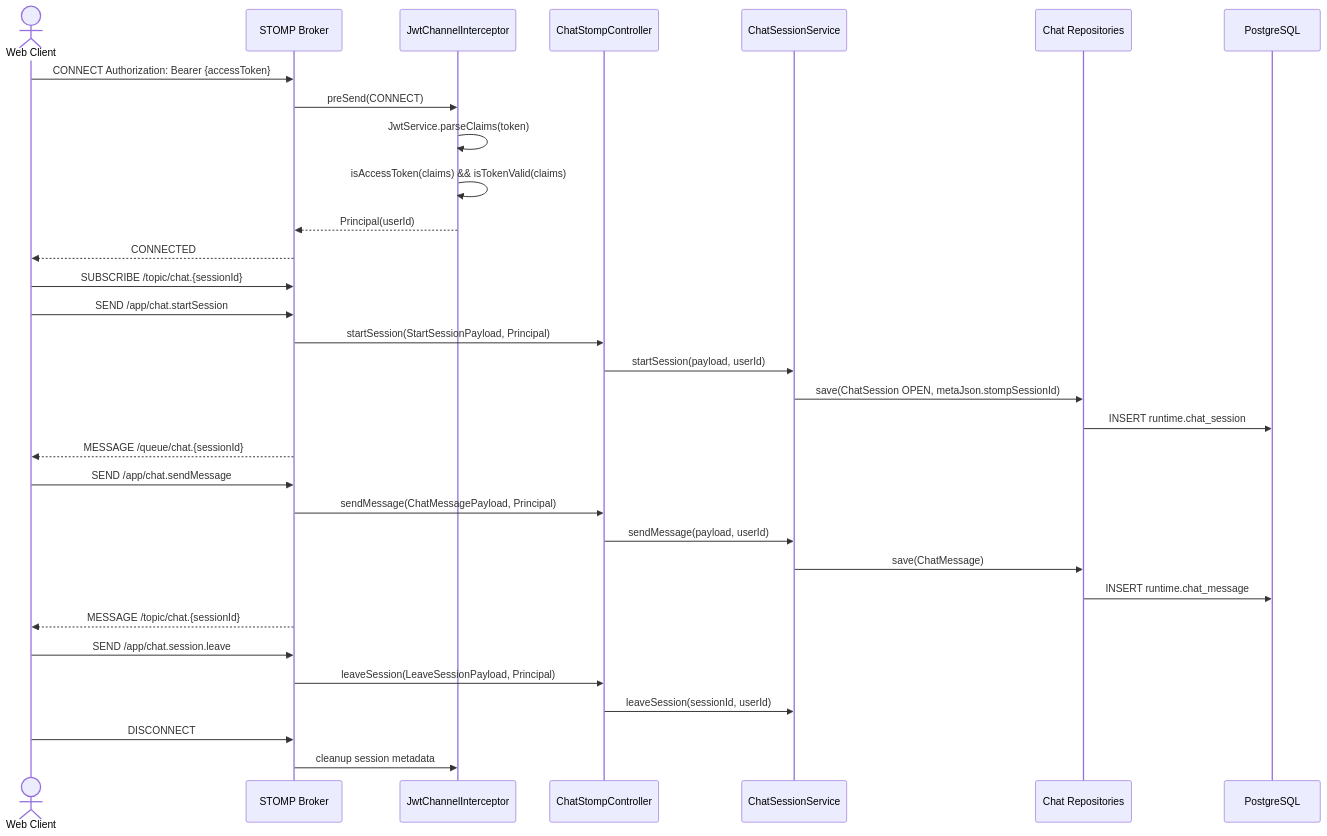
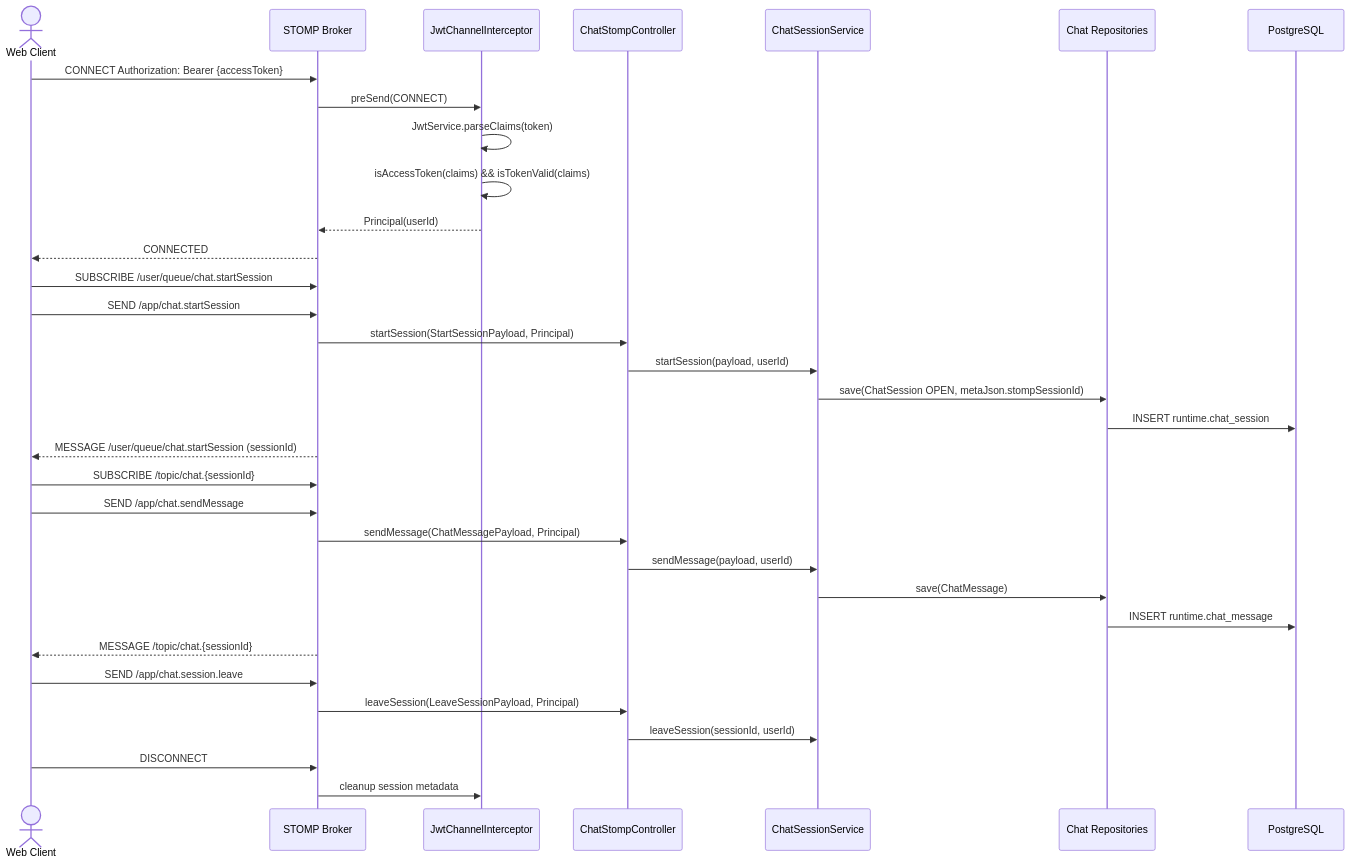
The first of 2 diagrams in .agent/specs/5.3.2.md (ajou-2026-1-capstone-5/ostone), drawn with Mermaid before and after one commit. The commit also changed other lines of this file, not shown here.

Commit message:
docs(spec): resolve PR review - startSession queue, role auth, startedBy atomicity

````diff
--- a/.agent/specs/5.3.2.md
+++ b/.agent/specs/5.3.2.md
@@ -21,34 +21,35 @@
 ```mermaid
 sequenceDiagram
     actor client as Web Client
     participant broker as STOMP Broker
     participant interceptor as JwtChannelInterceptor
     participant ctrl as ChatStompController
     participant svc as ChatSessionService
     participant repo as Chat Repositories
     participant db as PostgreSQL
     client ->> broker: CONNECT Authorization: Bearer {accessToken}
     broker ->> interceptor: preSend(CONNECT)
     interceptor ->> interceptor: JwtService.parseClaims(token)
     interceptor ->> interceptor: isAccessToken(claims) && isTokenValid(claims)
     interceptor -->> broker: Principal(userId)
     broker -->> client: CONNECTED
-    client ->> broker: SUBSCRIBE /topic/chat.{sessionId}
+    client ->> broker: SUBSCRIBE /user/queue/chat.startSession
     client ->> broker: SEND /app/chat.startSession
     broker ->> ctrl: startSession(StartSessionPayload, Principal)
     ctrl ->> svc: startSession(payload, userId)
     svc ->> repo: save(ChatSession OPEN, metaJson.stompSessionId)
     repo ->> db: INSERT runtime.chat_session
-    broker -->> client: MESSAGE /queue/chat.{sessionId}
+    broker -->> client: MESSAGE /user/queue/chat.startSession (sessionId)
+    client ->> broker: SUBSCRIBE /topic/chat.{sessionId}
     client ->> broker: SEND /app/chat.sendMessage
     broker ->> ctrl: sendMessage(ChatMessagePayload, Principal)
     ctrl ->> svc: sendMessage(payload, userId)
     svc ->> repo: save(ChatMessage)
     repo ->> db: INSERT runtime.chat_message
     broker -->> client: MESSAGE /topic/chat.{sessionId}
     client ->> broker: SEND /app/chat.session.leave
     broker ->> ctrl: leaveSession(LeaveSessionPayload, Principal)
     ctrl ->> svc: leaveSession(sessionId, userId)
     client ->> broker: DISCONNECT
     broker ->> interceptor: cleanup session metadata
 ```
````
